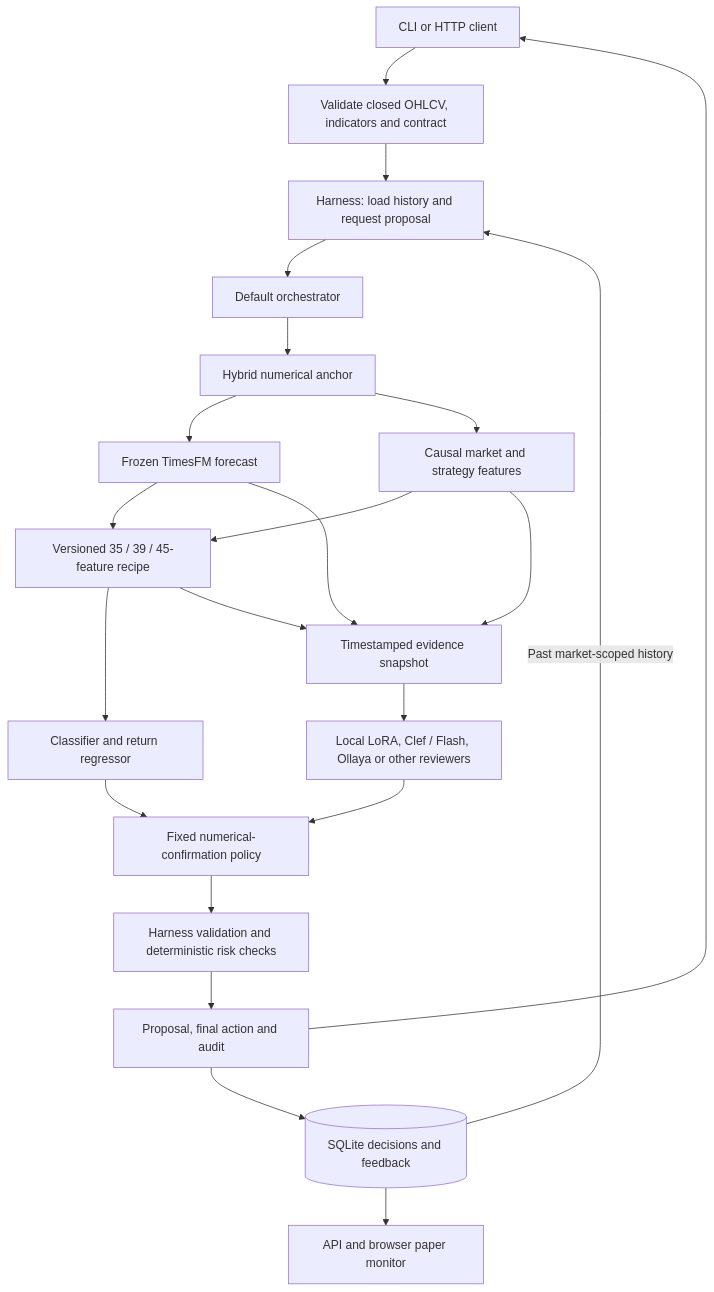
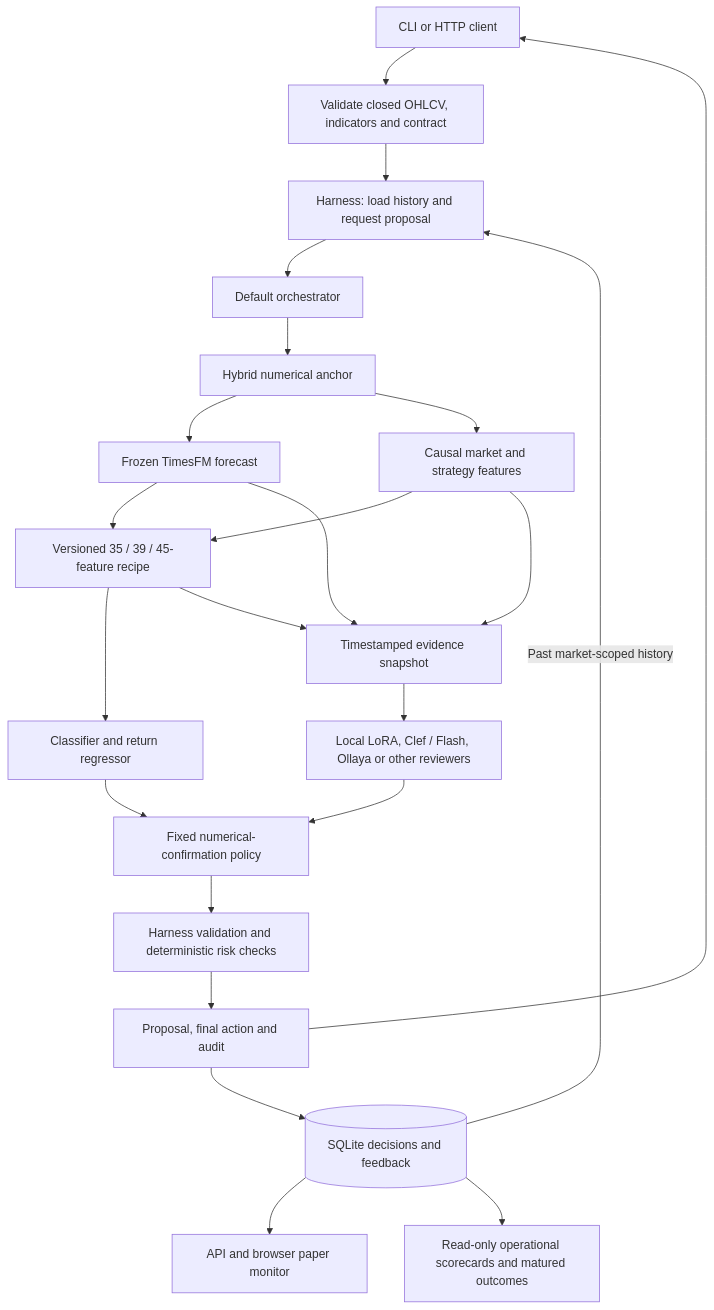
The first of 8 diagrams in docs/architecture.md (ar4ft/trade-harness), drawn with Mermaid before and after one commit. The commit also changed other lines of this file and 39 other files, not shown here.

First line of the commit message:
Add matched trading evidence, native Clef training and operational scorecards

````diff
--- a/docs/architecture.md
+++ b/docs/architecture.md
@@ -23,24 +24,25 @@
 ```mermaid
 flowchart TD
     Client["CLI or HTTP client"] --> Market["Validate closed OHLCV, indicators and contract"]
     Market --> Harness["Harness: load history and request proposal"]
     Store[("SQLite decisions and feedback")] -->|"Past market-scoped history"| Harness
     Harness --> Orch["Default orchestrator"]
     Orch --> Hybrid["Hybrid numerical anchor"]
     Hybrid --> TF["Frozen TimesFM forecast"]
     Hybrid --> Features["Causal market and strategy features"]
     TF --> Vector["Versioned 35 / 39 / 45-feature recipe"]
     Features --> Vector
     Vector --> Numerical["Classifier and return regressor"]
     TF --> Shared["Timestamped evidence snapshot"]
     Features --> Shared
     Vector --> Shared
     Shared --> Reviews["Local LoRA, Clef / Flash, Ollaya or other reviewers"]
     Numerical --> Consensus["Fixed numerical-confirmation policy"]
     Reviews --> Consensus
     Consensus --> Checks["Harness validation and deterministic risk checks"]
     Checks --> Decision["Proposal, final action and audit"]
     Decision --> Store
     Decision --> Client
     Store --> Monitor["API and browser paper monitor"]
+    Store --> Operations["Read-only operational scorecards and matured outcomes"]
 ```
````
